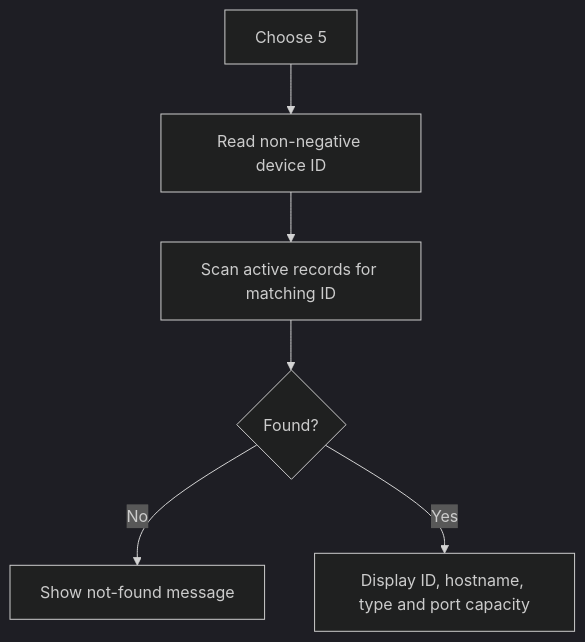
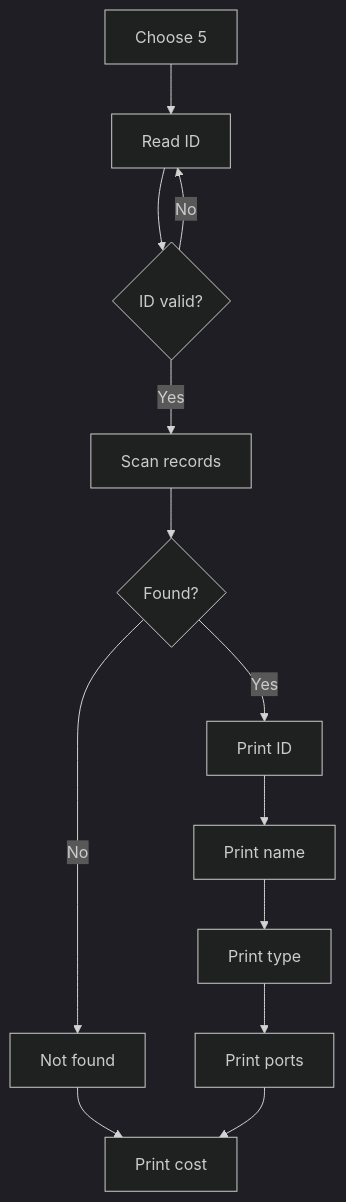
The sixth of 11 diagrams in docs/WORKFLOWS.md (Kanechiii/nodex), drawn with Mermaid (dark theme) before and after one commit. The commit also changed other lines of this file and 5 other files, not shown here.

````diff
--- a/docs/WORKFLOWS.md
+++ b/docs/WORKFLOWS.md
@@ -132,8 +154,15 @@
 ```mermaid
 flowchart TD
-    A["Choose 5"] --> B["Read non-negative device ID"]
-    B --> C["Scan active records for matching ID"]
-    C --> D{"Found?"}
-    D -->|"No"| E["Show not-found message"]
-    D -->|"Yes"| F["Display ID, hostname, type and port capacity"]
+    A["Choose 5"] --> B["Read ID"]
+    B --> C{"ID valid?"}
+    C -->|"No"| B
+    C -->|"Yes"| D["Scan records"]
+    D --> E{"Found?"}
+    E -->|"No"| X["Not found"]
+    E -->|"Yes"| F["Print ID"]
+    F --> G["Print name"]
+    G --> H["Print type"]
+    H --> I["Print ports"]
+    X --> Z["Print cost"]
+    I --> Z
 ```
````
